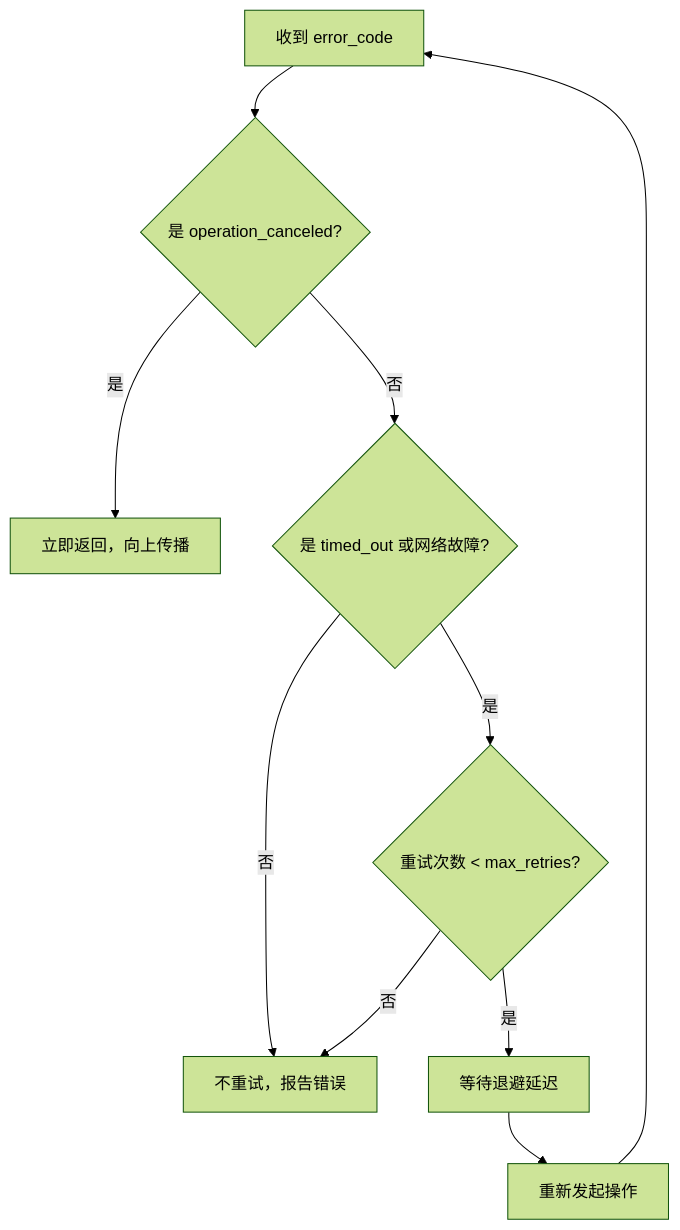
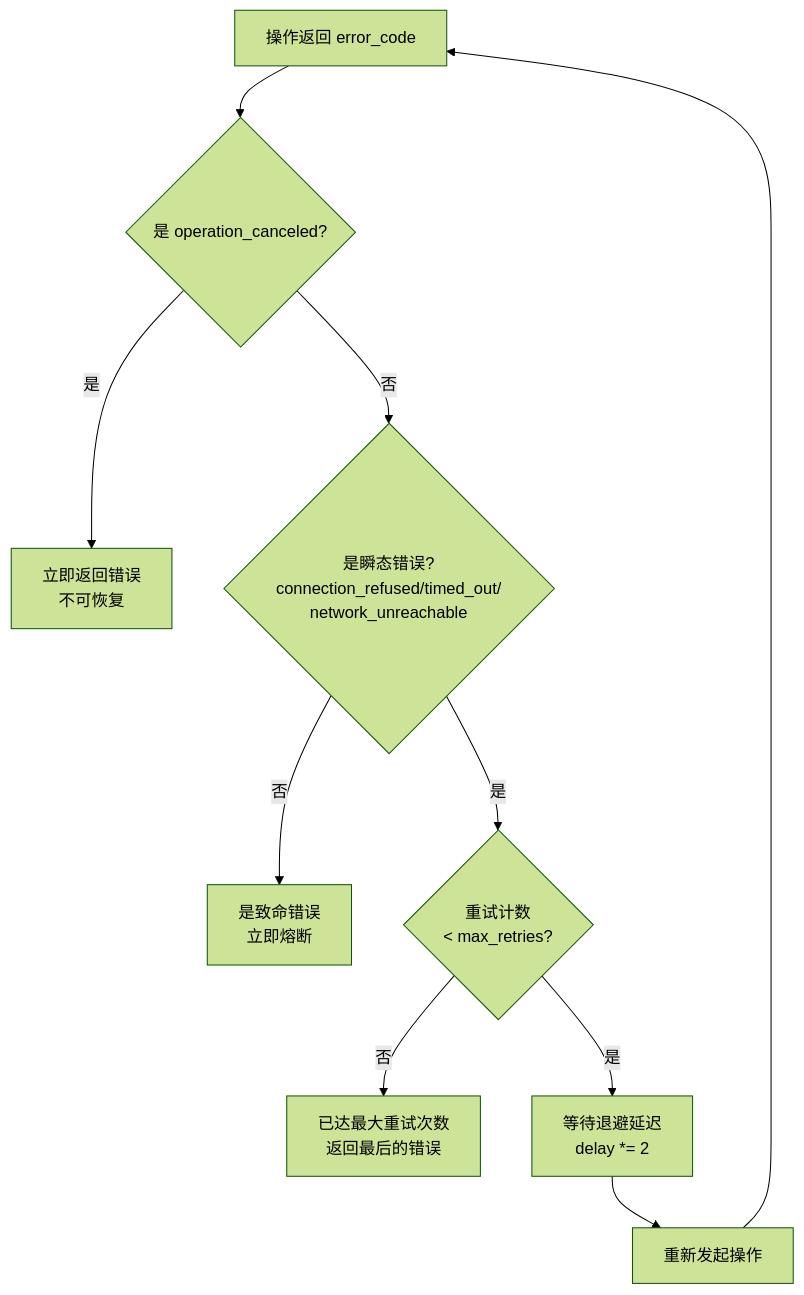
One commit to Doomjustin/blog changed the diagram in docs/tutorial/07_error_handling.md. Above: the diagram before and after it, drawn with Mermaid (forest theme). The commit also changed other lines of this file and 16 other files, not shown here.

````diff
--- a/docs/tutorial/07_error_handling.md
+++ b/docs/tutorial/07_error_handling.md
@@ -255,12 +192,12 @@
 ```mermaid
 flowchart TD
-    E[收到 error_code] --> A{是 operation_canceled?}
-    A -- 是 --> Z[立即返回，向上传播]
-    A -- 否 --> B{是 timed_out 或网络故障?}
-    B -- 否 --> Y[不重试，报告错误]
-    B -- 是 --> C{重试次数 < max_retries?}
-    C -- 否 --> Y
-    C -- 是 --> D[等待退避延迟]
+    E[操作返回 error_code] --> A{是 operation_canceled?}
+    A -- 是 --> Z[立即返回错误<br/>不可恢复]
+    A -- 否 --> B{是瞬态错误?<br/>connection_refused/timed_out/<br/>network_unreachable}
+    B -- 否 --> Y[是致命错误<br/>立即熔断]
+    B -- 是 --> C{重试计数<br/>< max_retries?}
+    C -- 否 --> F[已达最大重试次数<br/>返回最后的错误]
+    C -- 是 --> D[等待退避延迟<br/>delay *= 2]
     D --> E2[重新发起操作]
     E2 --> E
 ```
````
